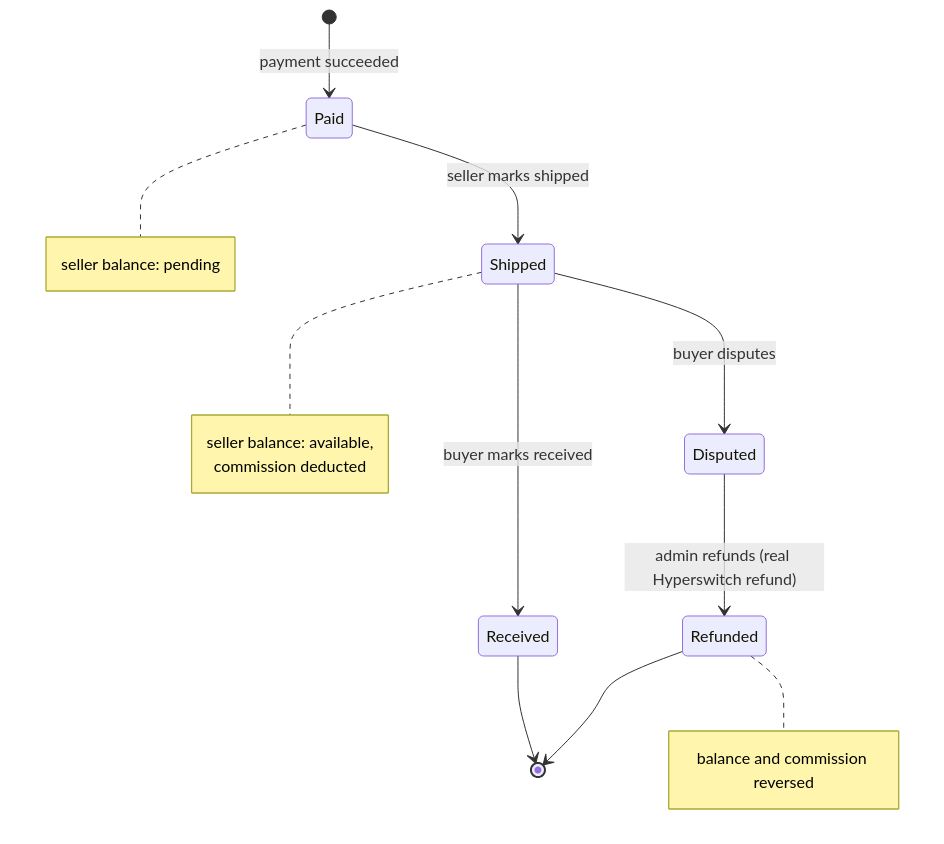
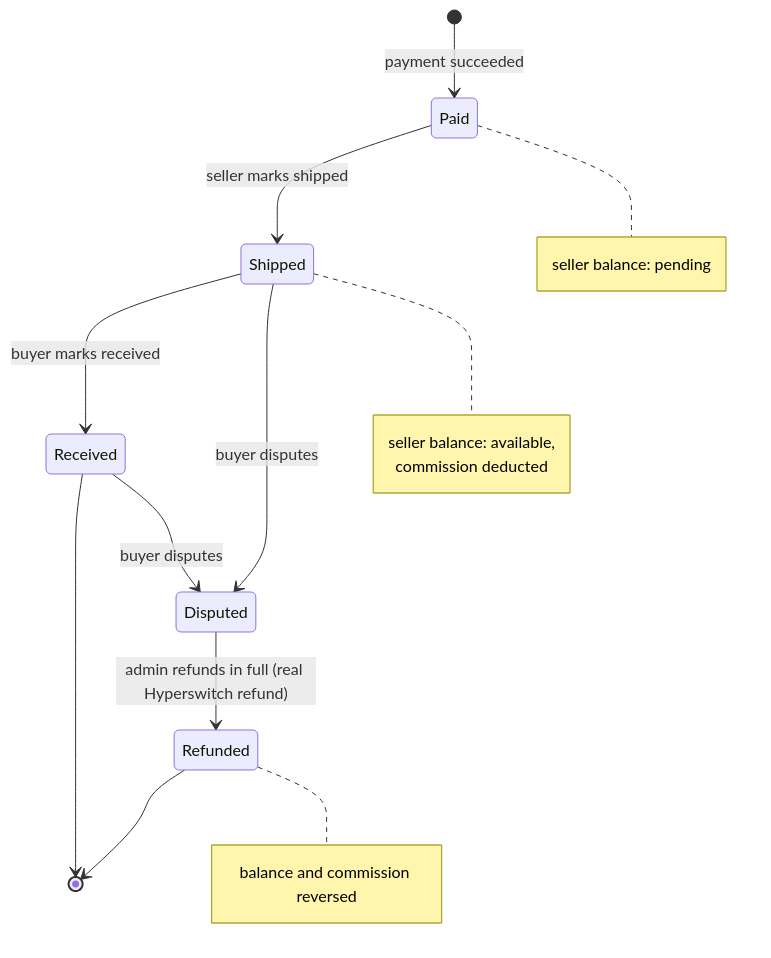
The fourth of 4 diagrams in README.md (jamespotash0/juspay-prototype), drawn with Mermaid before and after one commit. The commit also changed other lines of this file, not shown here.

````diff
--- a/README.md
+++ b/README.md
@@ -206,21 +216,22 @@
 ```mermaid
 stateDiagram-v2
   [*] --> Paid: payment succeeded
   Paid --> Shipped: seller marks shipped
   Shipped --> Received: buyer marks received
   Received --> [*]
   Shipped --> Disputed: buyer disputes
-  Disputed --> Refunded: admin refunds (real Hyperswitch refund)
+  Received --> Disputed: buyer disputes
+  Disputed --> Refunded: admin refunds in full (real Hyperswitch refund)
   Refunded --> [*]
 
   note right of Paid
     seller balance: pending
   end note
   note right of Shipped
     seller balance: available,
     commission deducted
   end note
   note right of Refunded
     balance and commission reversed
   end note
 ```
````
